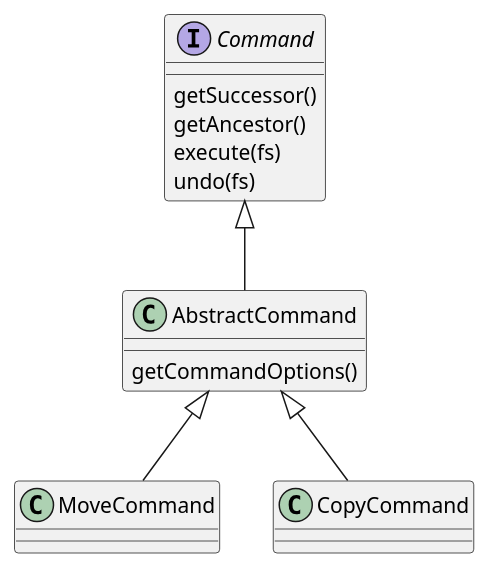
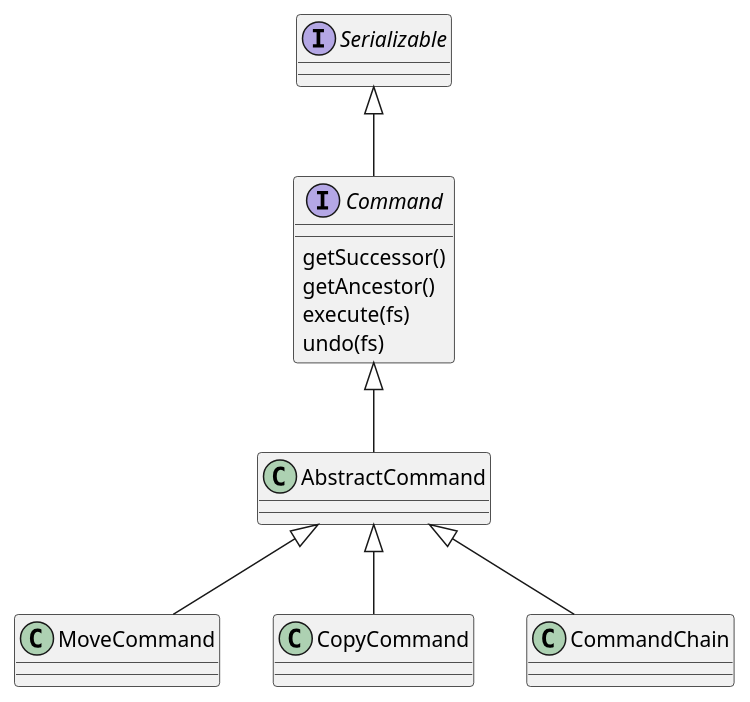
One commit to trustedshops/design-patterns changed the third of 11 diagrams in javaDesignPatterns/src/docs/asciidoc/diagrams.adoc. Above: the diagram before and after it, drawn with PlantUML. The commit also changed other lines of this file and 9 other files, not shown here.

```diff
--- a/javaDesignPatterns/src/docs/asciidoc/diagrams.adoc
+++ b/javaDesignPatterns/src/docs/asciidoc/diagrams.adoc
@@ -36,16 +36,19 @@
 [plantuml, diagram-command-classes, png]
 ....
+interface Serializable
 interface Command
 class AbstractCommand
 class MoveCommand
 class CopyCommand
+class CommandChain
 
+Serializable <|-- Command
 Command <|-- AbstractCommand
 AbstractCommand <|-- MoveCommand
 AbstractCommand <|-- CopyCommand
+AbstractCommand <|-- CommandChain
 Command : getSuccessor()
 Command : getAncestor()
 Command : execute(fs)
 Command : undo(fs)
-AbstractCommand : getCommandOptions()
 ....
```
